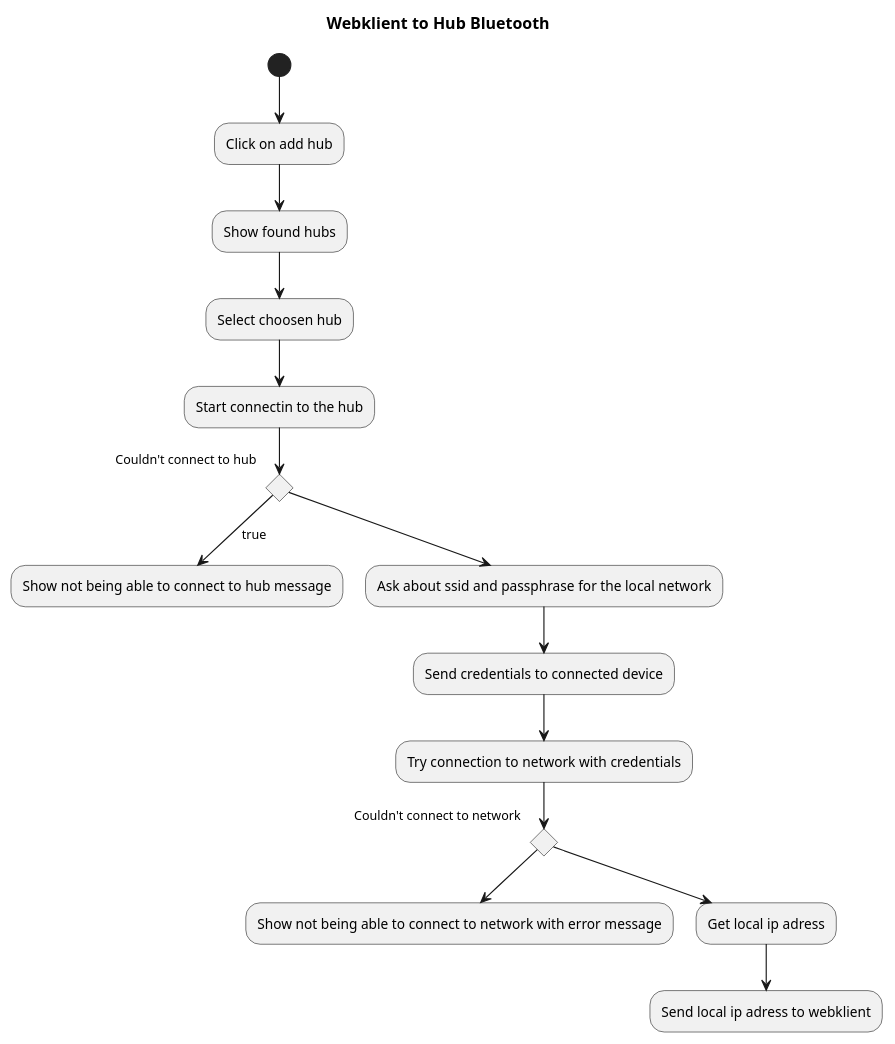
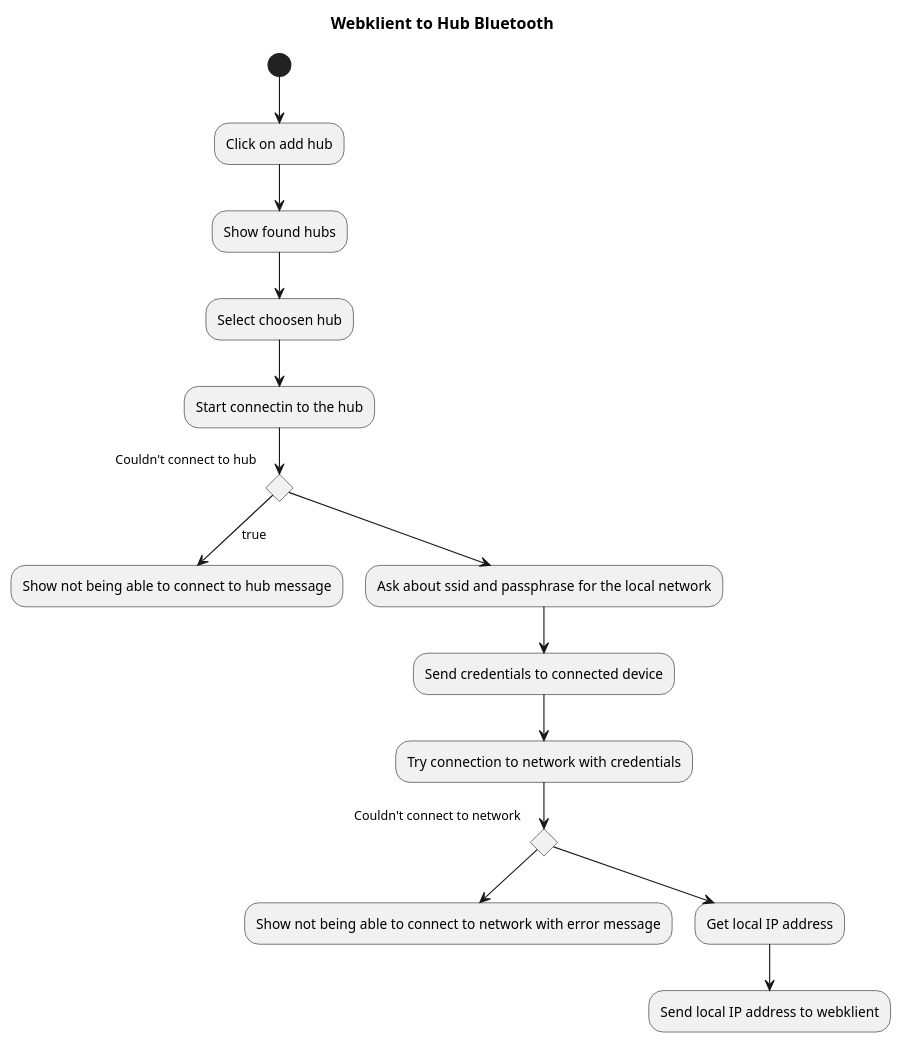
Before and after one commit to Casp7654/XPower: the diagram in docs/FlowChart/WebklientConnectToHub.plantuml, drawn with PlantUML. The commit also changed 1 other file, not shown here.

Commit message:
updated the ip adress

```diff
--- a/docs/FlowChart/WebklientConnectToHub.plantuml
+++ b/docs/FlowChart/WebklientConnectToHub.plantuml
@@ -1,32 +1,26 @@
 @startuml Hub Flowchart diagram
 title Webklient to Hub Bluetooth
 
 (*) --> "Click on add hub"
 --> "Show found hubs"
 --> "Select choosen hub"
 --> "Start connectin to the hub"
 
 if "Couldn't connect to hub" then
   -->[true] "Show not being able to connect to hub message"
 else 
 endif
 
-
 -->"Ask about ssid and passphrase for the local network"
-
 -->"Send credentials to connected device"
-
 -->"Try connection to network with credentials"
 
 if "Couldn't connect to network" then
  -->"Show not being able to connect to network with error message"
 else
 endif
 
--->"Get local ip adress"
-
--->"Send local ip adress to webklient"
-
-
+-->"Get local IP address"
+-->"Send local IP address to webklient"
 
 @enduml
```
